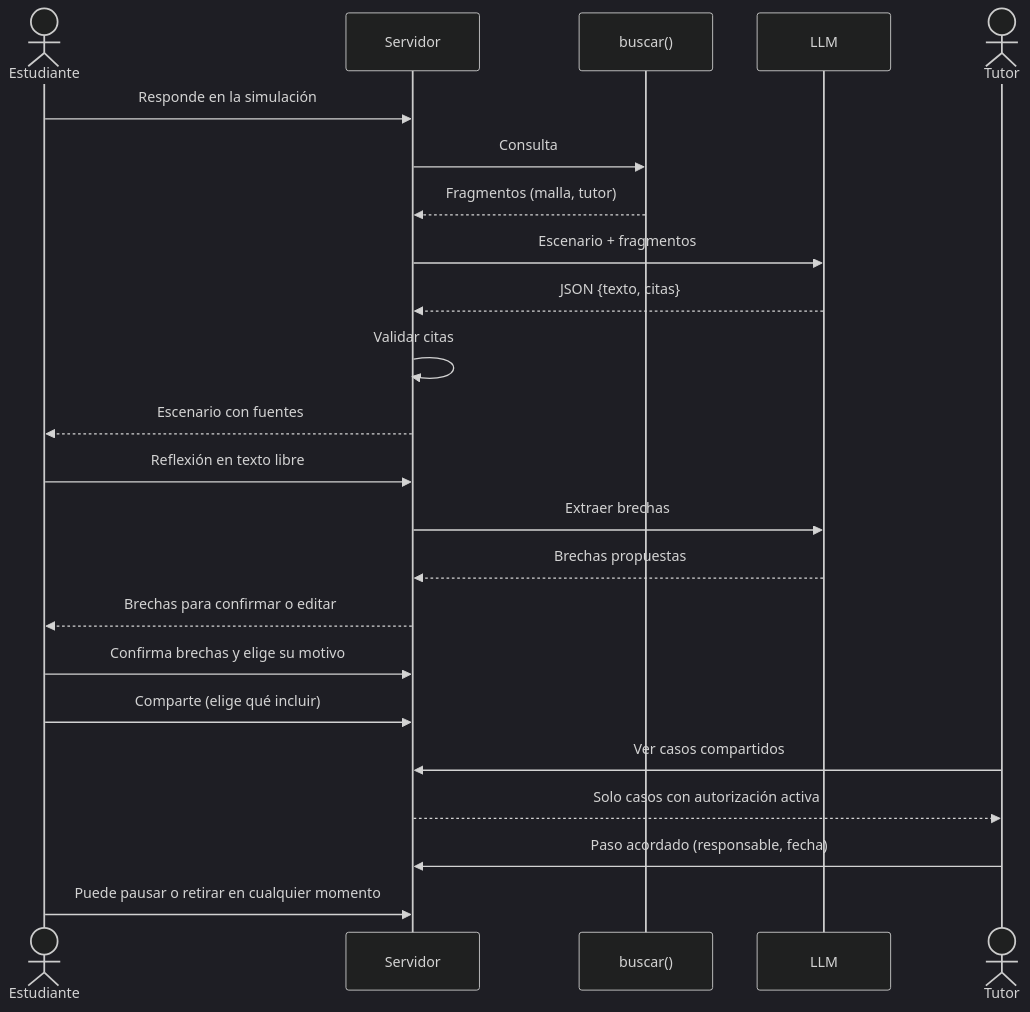
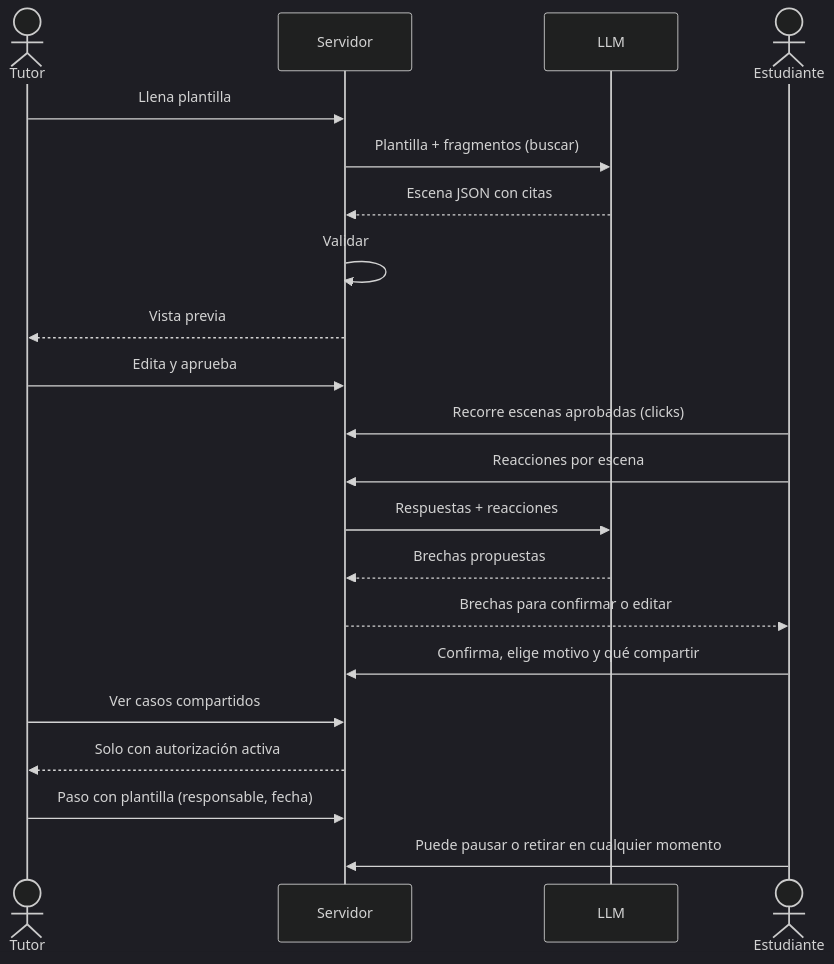
The second of 3 diagrams in diseno.md (Ssj400/duoc-social), drawn with Mermaid (dark theme) before and after one commit. The commit also changed other lines of this file and 1 other file, not shown here.

Commit message:
docs(design): turn simulation into a click-based decision game with tutor templates

````diff
--- a/diseno.md
+++ b/diseno.md
@@ -207,25 +277,23 @@
 ```mermaid
 sequenceDiagram
+  actor Tut as Tutor
+  participant App as Servidor
+  participant IA as LLM
   actor Est as Estudiante
-  participant App as Servidor
-  participant RAG as buscar()
-  participant IA as LLM
-  actor Tut as Tutor
-  Est->>App: Responde en la simulación
-  App->>RAG: Consulta
-  RAG-->>App: Fragmentos (malla, tutor)
-  App->>IA: Escenario + fragmentos
-  IA-->>App: JSON {texto, citas}
-  App->>App: Validar citas
-  App-->>Est: Escenario con fuentes
-  Est->>App: Reflexión en texto libre
-  App->>IA: Extraer brechas
+  Tut->>App: Llena plantilla
+  App->>IA: Plantilla + fragmentos (buscar)
+  IA-->>App: Escena JSON con citas
+  App->>App: Validar
+  App-->>Tut: Vista previa
+  Tut->>App: Edita y aprueba
+  Est->>App: Recorre escenas aprobadas (clicks)
+  Est->>App: Reacciones por escena
+  App->>IA: Respuestas + reacciones
   IA-->>App: Brechas propuestas
   App-->>Est: Brechas para confirmar o editar
-  Est->>App: Confirma brechas y elige su motivo
-  Est->>App: Comparte (elige qué incluir)
+  Est->>App: Confirma, elige motivo y qué compartir
   Tut->>App: Ver casos compartidos
-  App-->>Tut: Solo casos con autorización activa
-  Tut->>App: Paso acordado (responsable, fecha)
+  App-->>Tut: Solo con autorización activa
+  Tut->>App: Paso con plantilla (responsable, fecha)
   Est->>App: Puede pausar o retirar en cualquier momento
 ```
````
